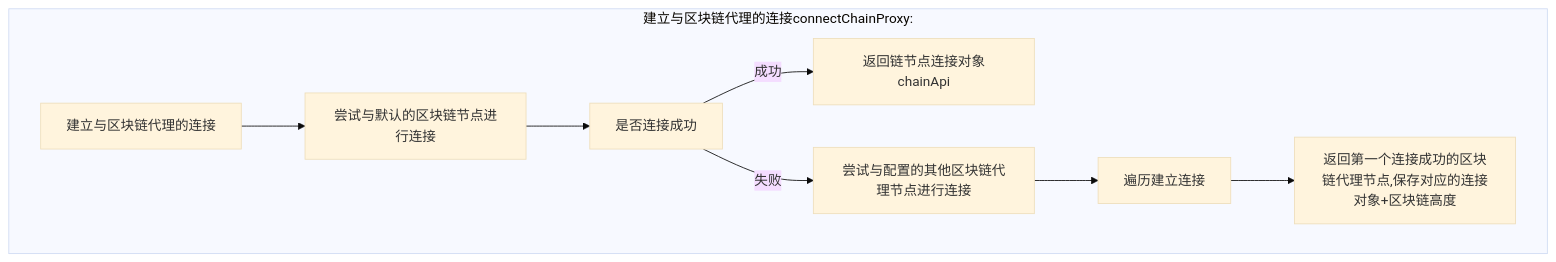
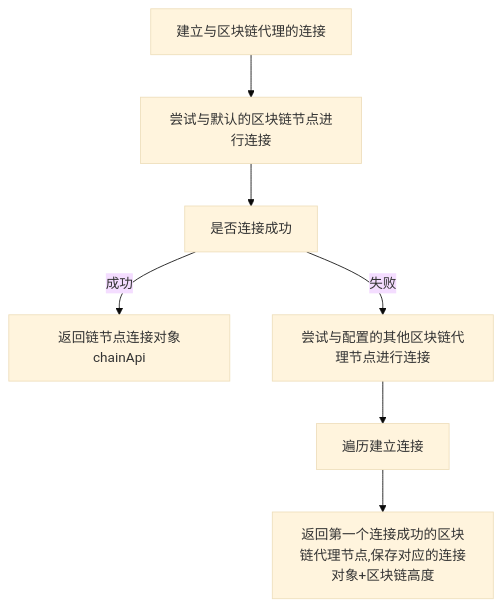
Before and after one commit to dcnetio/web-dc-api: the first of 5 diagrams in 初始化逻辑.md, drawn with Mermaid (base theme). The commit also changed other lines of this file, not shown here.

````diff
--- a/初始化逻辑.md
+++ b/初始化逻辑.md
@@ -2,9 +3,7 @@
 ```mermaid
 graph TD
-subgraph 建立与区块链代理的连接connectChainProxy:
 建立与区块链代理的连接--> 尝试与默认的区块链节点进行连接 --> 是否连接成功
 是否连接成功 -- 成功 -->返回链节点连接对象chainApi
 是否连接成功 -- 失败 --> 尝试与配置的其他区块链代理节点进行连接 --> 遍历建立连接
 遍历建立连接 --> 返回第一个连接成功的区块链代理节点,保存对应的连接对象+区块链高度
-end
 ```
````
